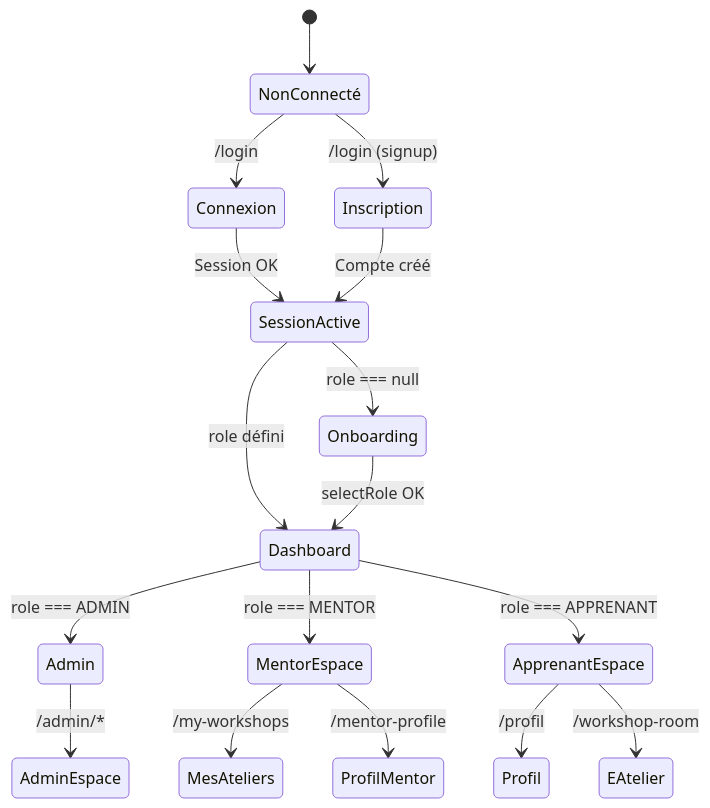
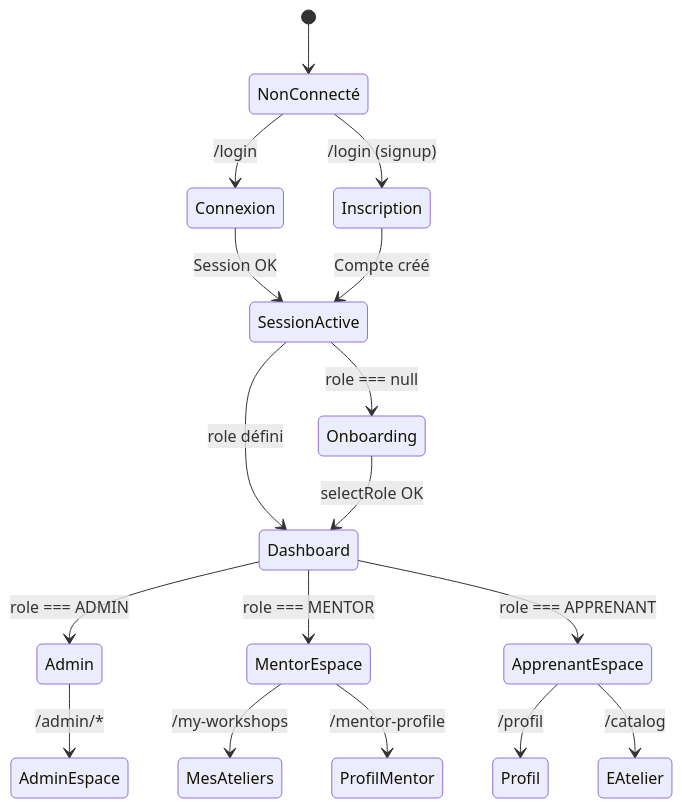
One commit to alice-444/ls_app changed the eighth of 24 diagrams in docs/architecture.md. Above: the diagram before and after it, drawn with Mermaid. The commit also changed other lines of this file and 100 other files, not shown here.

````diff
--- a/docs/architecture.md
+++ b/docs/architecture.md
@@ -316,19 +316,19 @@
 ```mermaid
 stateDiagram-v2
   [*] --> NonConnecté
   NonConnecté --> Connexion: /login
   NonConnecté --> Inscription: /login (signup)
   Connexion --> SessionActive: Session OK
   Inscription --> SessionActive: Compte créé
   SessionActive --> Onboarding: role === null
   SessionActive --> Dashboard: role défini
   Onboarding --> Dashboard: selectRole OK
   Dashboard --> Admin: role === ADMIN
   Dashboard --> MentorEspace: role === MENTOR
   Dashboard --> ApprenantEspace: role === APPRENANT
   Admin --> AdminEspace: /admin/*
   MentorEspace --> MesAteliers: /my-workshops
   MentorEspace --> ProfilMentor: /mentor-profile
   ApprenantEspace --> Profil: /profil
-  ApprenantEspace --> EAtelier: /workshop-room
+  ApprenantEspace --> EAtelier: /catalog
 ```
````
